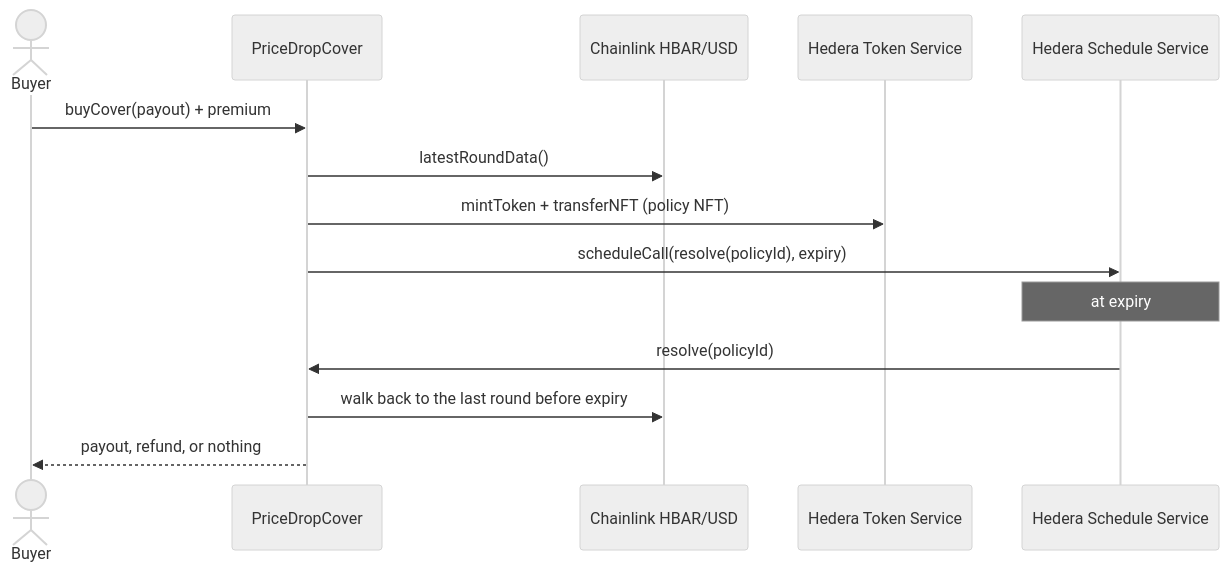
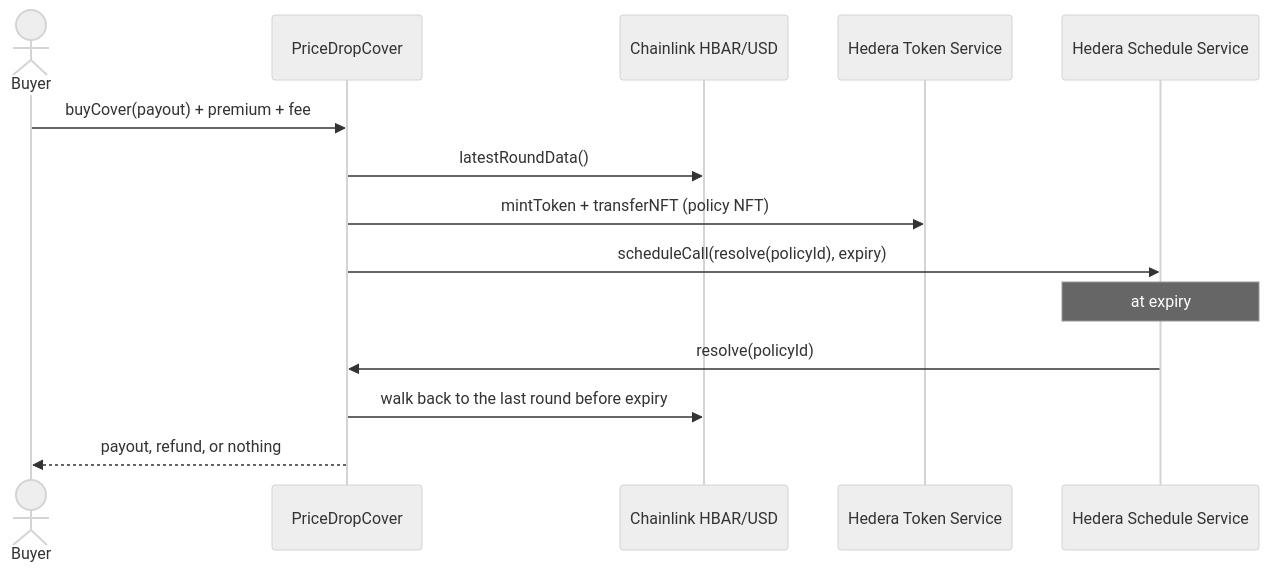
Before and after one commit to TheYukiKawata/hbar-price-drop-cover: the diagram in README.md, drawn with Mermaid (neutral theme). The commit also changed other lines of this file and 1 other file, not shown here.

Commit message:
Document the fee, claims and withdrawal pricing

````diff
--- a/README.md
+++ b/README.md
@@ -35,16 +37,16 @@
 ```mermaid
 sequenceDiagram
     actor Buyer
     participant Cover as PriceDropCover
     participant Feed as Chainlink HBAR/USD
     participant HTS as Hedera Token Service
     participant HSS as Hedera Schedule Service
-    Buyer->>Cover: buyCover(payout) + premium
+    Buyer->>Cover: buyCover(payout) + premium + fee
     Cover->>Feed: latestRoundData()
     Cover->>HTS: mintToken + transferNFT (policy NFT)
     Cover->>HSS: scheduleCall(resolve(policyId), expiry)
     Note over HSS: at expiry
     HSS->>Cover: resolve(policyId)
     Cover->>Feed: walk back to the last round before expiry
     Cover-->>Buyer: payout, refund, or nothing
 ```
````
